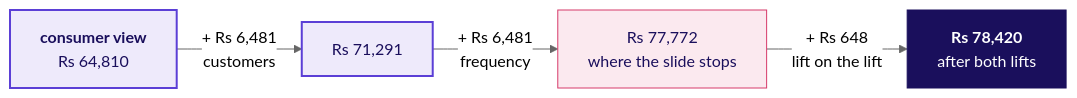
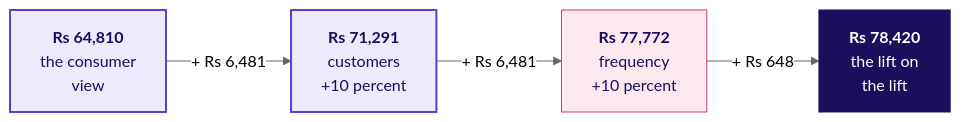
The seventh of 20 diagrams in content/W01/D1/slides/C2_W01_D01_half2_STUDENT.md (fde-academy-lab/c2-content-factory), drawn with Mermaid (neutral theme) before and after one commit. The commit also changed other lines of this file and 32 other files, not shown here.

````diff
--- a/content/W01/D1/slides/C2_W01_D01_half2_STUDENT.md
+++ b/content/W01/D1/slides/C2_W01_D01_half2_STUDENT.md
@@ -356,12 +363,12 @@
 ```mermaid
 flowchart LR
-    B["<b>consumer view</b><br/>Rs 64,810"] -->|"+ Rs 6,481<br/>customers"| C["Rs 71,291"]
-    C -->|"+ Rs 6,481<br/>frequency"| F["Rs 77,772<br/>where the slide stops"]
-    F -->|"+ Rs 648<br/>lift on the lift"| T["<b>Rs 78,420</b><br/>after both lifts"]
+    B["<b>Rs 64,810</b><br/>the consumer<br/>view"] -->|"+ Rs 6,481"| C["<b>Rs 71,291</b><br/>customers<br/>+10 percent"]
+    C -->|"+ Rs 6,481"| F["<b>Rs 77,772</b><br/>frequency<br/>+10 percent"]
+    F -->|"+ Rs 648"| T["<b>Rs 78,420</b><br/>the lift on<br/>the lift"]
     classDef known fill:#EEEAFB,stroke:#5B3FD6,color:#1A0F5C,stroke-width:2px
     classDef bad fill:#FBE9EF,stroke:#D63A6A,color:#1A0F5C
     classDef bet fill:#1A0F5C,stroke:#1A0F5C,color:#FFFFFF
     class B,C known
     class F bad
     class T bet
 ```
````
